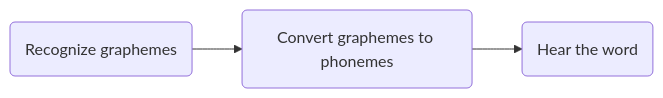
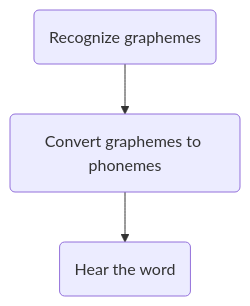
Before and after one commit to ethanweed/ExPsyLing: the diagram in 2022/Slides/Lecture-04.md, drawn with Mermaid. The commit also changed 1 other file, not shown here.

Commit message:
auto-updated with build.sh

````diff
--- a/2022/Slides/Lecture-04.md
+++ b/2022/Slides/Lecture-04.md
@@ -73,6 +73,6 @@
 ```{.mermaid format=svg  theme=neutral}
-graph LR
+graph TB
 A(Recognize graphemes) --> B(Convert graphemes to phonemes)
 B --> C("Hear" the word)
 
 ```
````
